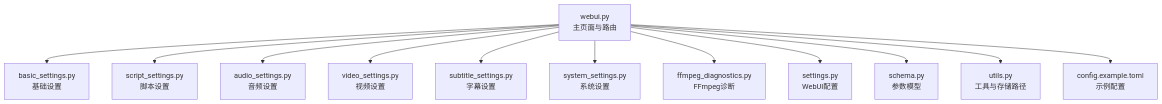
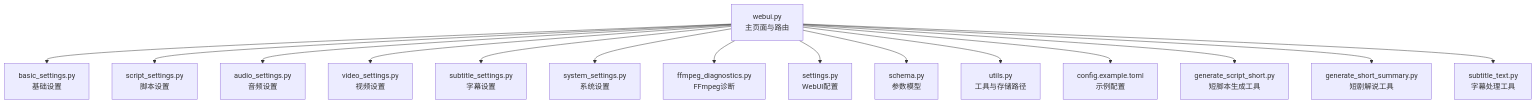
Before and after one commit to wowoduang/AIVideoClaude: the first of 3 diagrams in .qoder/repowiki/zh/content/Web界面使用/Web界面使用.md, drawn with Mermaid. The commit also changed other lines of this file and 32 other files, not shown here.

````diff
--- a/.qoder/repowiki/zh/content/Web界面使用/Web界面使用.md
+++ b/.qoder/repowiki/zh/content/Web界面使用/Web界面使用.md
@@ -51,14 +65,17 @@
 ```mermaid
 graph TB
 A["webui.py<br/>主页面与路由"] --> B["basic_settings.py<br/>基础设置"]
 A --> C["script_settings.py<br/>脚本设置"]
 A --> D["audio_settings.py<br/>音频设置"]
 A --> E["video_settings.py<br/>视频设置"]
 A --> F["subtitle_settings.py<br/>字幕设置"]
 A --> G["system_settings.py<br/>系统设置"]
 A --> H["ffmpeg_diagnostics.py<br/>FFmpeg诊断"]
 A --> I["settings.py<br/>WebUI配置"]
 A --> J["schema.py<br/>参数模型"]
 A --> K["utils.py<br/>工具与存储路径"]
 A --> L["config.example.toml<br/>示例配置"]
+A --> M["generate_script_short.py<br/>短脚本生成工具"]
+A --> N["generate_short_summary.py<br/>短剧解说工具"]
+A --> O["subtitle_text.py<br/>字幕处理工具"]
 ```
````
